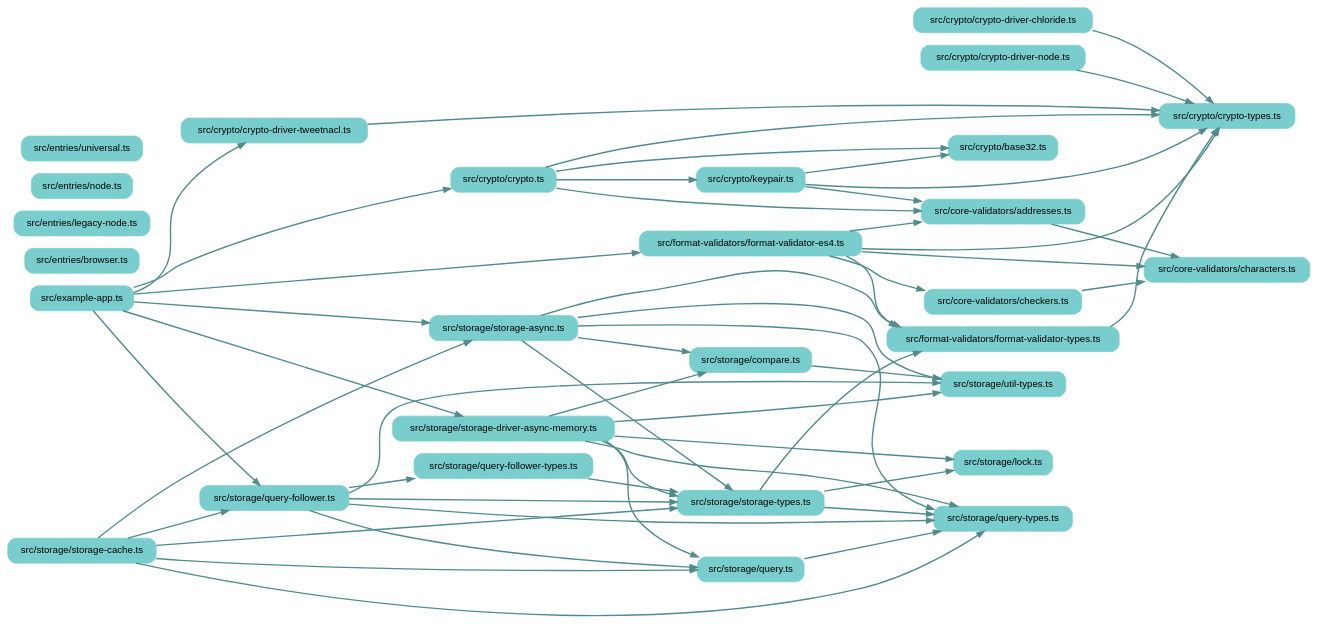
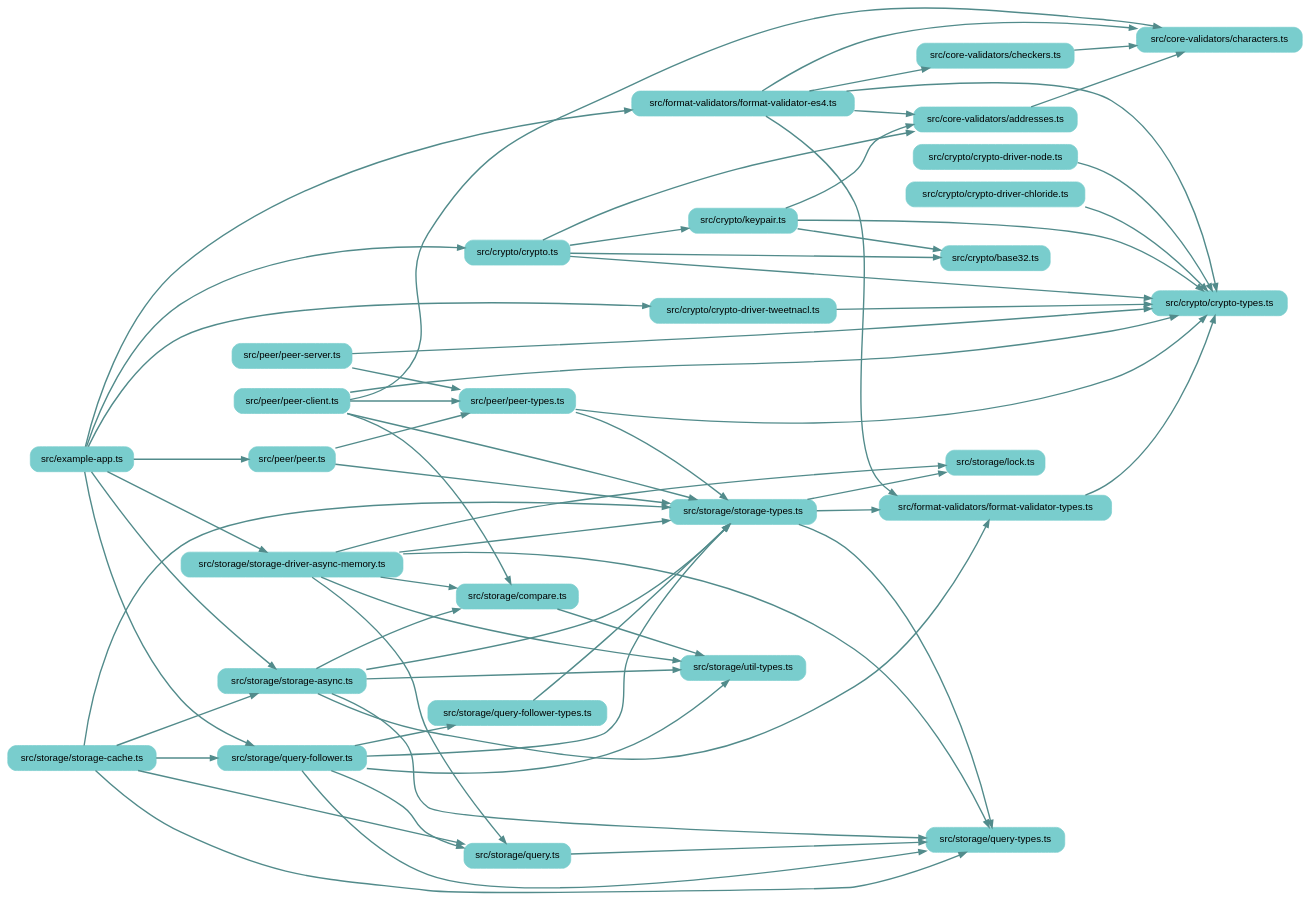
Before and after one commit to earthstar-project/earthstar: the diagram in depchart/depchart-loose.dot, drawn with Graphviz. The commit also changed 9 other files, not shown here.

```diff
--- a/depchart/depchart-loose.dot
+++ b/depchart/depchart-loose.dot
@@ -1,96 +1,108 @@
 
 digraph G {
     //splines=line;
     //splines=polyline;
     splines=true;
     rankdir=LR;
     //newrank=true;
     compound=true;
     graph [fontname = "helvetica"];  // dpi=72
     node [fontname = "helvetica"];
     edge [fontname = "helvetica"];
     
     // files in their folder clusters
         "src/example-app.ts" [label="src/example-app.ts", shape=rectangle; style="rounded,filled"; color=darkslategray3];
         "src/core-validators/addresses.ts" [label="src/core-validators/addresses.ts", shape=rectangle; style="rounded,filled"; color=darkslategray3];
             "src/core-validators/characters.ts" [label="src/core-validators/characters.ts", shape=rectangle; style="rounded,filled"; color=darkslategray3];
             "src/core-validators/checkers.ts" [label="src/core-validators/checkers.ts", shape=rectangle; style="rounded,filled"; color=darkslategray3];
         "src/crypto/base32.ts" [label="src/crypto/base32.ts", shape=rectangle; style="rounded,filled"; color=darkslategray3];
             "src/crypto/crypto-driver-chloride.ts" [label="src/crypto/crypto-driver-chloride.ts", shape=rectangle; style="rounded,filled"; color=darkslategray3];
             "src/crypto/crypto-driver-node.ts" [label="src/crypto/crypto-driver-node.ts", shape=rectangle; style="rounded,filled"; color=darkslategray3];
             "src/crypto/crypto-driver-tweetnacl.ts" [label="src/crypto/crypto-driver-tweetnacl.ts", shape=rectangle; style="rounded,filled"; color=darkslategray3];
             "src/crypto/crypto-types.ts" [label="src/crypto/crypto-types.ts", shape=rectangle; style="rounded,filled"; color=darkslategray3];
             "src/crypto/crypto.ts" [label="src/crypto/crypto.ts", shape=rectangle; style="rounded,filled"; color=darkslategray3];
             "src/crypto/keypair.ts" [label="src/crypto/keypair.ts", shape=rectangle; style="rounded,filled"; color=darkslategray3];
-        "src/entries/browser.ts" [label="src/entries/browser.ts", shape=rectangle; style="rounded,filled"; color=darkslategray3];
-            "src/entries/legacy-node.ts" [label="src/entries/legacy-node.ts", shape=rectangle; style="rounded,filled"; color=darkslategray3];
-            "src/entries/node.ts" [label="src/entries/node.ts", shape=rectangle; style="rounded,filled"; color=darkslategray3];
-            "src/entries/universal.ts" [label="src/entries/universal.ts", shape=rectangle; style="rounded,filled"; color=darkslategray3];
         "src/format-validators/format-validator-es4.ts" [label="src/format-validators/format-validator-es4.ts", shape=rectangle; style="rounded,filled"; color=darkslategray3];
             "src/format-validators/format-validator-types.ts" [label="src/format-validators/format-validator-types.ts", shape=rectangle; style="rounded,filled"; color=darkslategray3];
+        "src/peer/peer-client.ts" [label="src/peer/peer-client.ts", shape=rectangle; style="rounded,filled"; color=darkslategray3];
+            "src/peer/peer-server.ts" [label="src/peer/peer-server.ts", shape=rectangle; style="rounded,filled"; color=darkslategray3];
+            "src/peer/peer-types.ts" [label="src/peer/peer-types.ts", shape=rectangle; style="rounded,filled"; color=darkslategray3];
+            "src/peer/peer.ts" [label="src/peer/peer.ts", shape=rectangle; style="rounded,filled"; color=darkslategray3];
         "src/storage/compare.ts" [label="src/storage/compare.ts", shape=rectangle; style="rounded,filled"; color=darkslategray3];
             "src/storage/lock.ts" [label="src/storage/lock.ts", shape=rectangle; style="rounded,filled"; color=darkslategray3];
             "src/storage/query-follower-types.ts" [label="src/storage/query-follower-types.ts", shape=rectangle; style="rounded,filled"; color=darkslategray3];
             "src/storage/query-follower.ts" [label="src/storage/query-follower.ts", shape=rectangle; style="rounded,filled"; color=darkslategray3];
             "src/storage/query-types.ts" [label="src/storage/query-types.ts", shape=rectangle; style="rounded,filled"; color=darkslategray3];
             "src/storage/query.ts" [label="src/storage/query.ts", shape=rectangle; style="rounded,filled"; color=darkslategray3];
             "src/storage/storage-async.ts" [label="src/storage/storage-async.ts", shape=rectangle; style="rounded,filled"; color=darkslategray3];
             "src/storage/storage-cache.ts" [label="src/storage/storage-cache.ts", shape=rectangle; style="rounded,filled"; color=darkslategray3];
             "src/storage/storage-driver-async-memory.ts" [label="src/storage/storage-driver-async-memory.ts", shape=rectangle; style="rounded,filled"; color=darkslategray3];
             "src/storage/storage-types.ts" [label="src/storage/storage-types.ts", shape=rectangle; style="rounded,filled"; color=darkslategray3];
             "src/storage/util-types.ts" [label="src/storage/util-types.ts", shape=rectangle; style="rounded,filled"; color=darkslategray3];
 
     // edges between files
     "src/core-validators/addresses.ts" -> "src/core-validators/characters.ts" [penwidth=2; color=darkslategray4];
     "src/core-validators/checkers.ts" -> "src/core-validators/characters.ts" [penwidth=2; color=darkslategray4];
     "src/crypto/crypto-driver-chloride.ts" -> "src/crypto/crypto-types.ts" [penwidth=2; color=darkslategray4];
     "src/crypto/crypto-driver-node.ts" -> "src/crypto/crypto-types.ts" [penwidth=2; color=darkslategray4];
     "src/crypto/crypto-driver-tweetnacl.ts" -> "src/crypto/crypto-types.ts" [penwidth=2; color=darkslategray4];
     "src/crypto/crypto.ts" -> "src/crypto/crypto-types.ts" [penwidth=2; color=darkslategray4];
     "src/crypto/crypto.ts" -> "src/crypto/base32.ts" [penwidth=2; color=darkslategray4];
     "src/crypto/crypto.ts" -> "src/crypto/keypair.ts" [penwidth=2; color=darkslategray4];
     "src/crypto/crypto.ts" -> "src/core-validators/addresses.ts" [penwidth=2; color=darkslategray4];
     "src/crypto/keypair.ts" -> "src/crypto/base32.ts" [penwidth=2; color=darkslategray4];
     "src/crypto/keypair.ts" -> "src/crypto/crypto-types.ts" [penwidth=2; color=darkslategray4];
     "src/crypto/keypair.ts" -> "src/core-validators/addresses.ts" [penwidth=2; color=darkslategray4];
     "src/example-app.ts" -> "src/format-validators/format-validator-es4.ts" [penwidth=2; color=darkslategray4];
     "src/example-app.ts" -> "src/storage/storage-driver-async-memory.ts" [penwidth=2; color=darkslategray4];
     "src/example-app.ts" -> "src/storage/storage-async.ts" [penwidth=2; color=darkslategray4];
     "src/example-app.ts" -> "src/crypto/crypto.ts" [penwidth=2; color=darkslategray4];
     "src/example-app.ts" -> "src/crypto/crypto-driver-tweetnacl.ts" [penwidth=2; color=darkslategray4];
     "src/example-app.ts" -> "src/storage/query-follower.ts" [penwidth=2; color=darkslategray4];
+    "src/example-app.ts" -> "src/peer/peer.ts" [penwidth=2; color=darkslategray4];
     "src/format-validators/format-validator-es4.ts" -> "src/format-validators/format-validator-types.ts" [penwidth=2; color=darkslategray4];
     "src/format-validators/format-validator-es4.ts" -> "src/crypto/crypto-types.ts" [penwidth=2; color=darkslategray4];
     "src/format-validators/format-validator-es4.ts" -> "src/core-validators/characters.ts" [penwidth=2; color=darkslategray4];
     "src/format-validators/format-validator-es4.ts" -> "src/core-validators/checkers.ts" [penwidth=2; color=darkslategray4];
     "src/format-validators/format-validator-es4.ts" -> "src/core-validators/addresses.ts" [penwidth=2; color=darkslategray4];
     "src/format-validators/format-validator-types.ts" -> "src/crypto/crypto-types.ts" [penwidth=2; color=darkslategray4];
+    "src/peer/peer-client.ts" -> "src/crypto/crypto-types.ts" [penwidth=2; color=darkslategray4];
+    "src/peer/peer-client.ts" -> "src/storage/storage-types.ts" [penwidth=2; color=darkslategray4];
+    "src/peer/peer-client.ts" -> "src/peer/peer-types.ts" [penwidth=2; color=darkslategray4];
+    "src/peer/peer-client.ts" -> "src/storage/compare.ts" [penwidth=2; color=darkslategray4];
+    "src/peer/peer-client.ts" -> "src/core-validators/characters.ts" [penwidth=2; color=darkslategray4];
+    "src/peer/peer-server.ts" -> "src/crypto/crypto-types.ts" [penwidth=2; color=darkslategray4];
+    "src/peer/peer-server.ts" -> "src/peer/peer-types.ts" [penwidth=2; color=darkslategray4];
+    "src/peer/peer-types.ts" -> "src/storage/storage-types.ts" [penwidth=2; color=darkslategray4];
+    "src/peer/peer-types.ts" -> "src/crypto/crypto-types.ts" [penwidth=2; color=darkslategray4];
+    "src/peer/peer.ts" -> "src/storage/storage-types.ts" [penwidth=2; color=darkslategray4];
+    "src/peer/peer.ts" -> "src/peer/peer-types.ts" [penwidth=2; color=darkslategray4];
     "src/storage/compare.ts" -> "src/storage/util-types.ts" [penwidth=2; color=darkslategray4];
     "src/storage/query-follower-types.ts" -> "src/storage/storage-types.ts" [penwidth=2; color=darkslategray4];
     "src/storage/query-follower.ts" -> "src/storage/util-types.ts" [penwidth=2; color=darkslategray4];
     "src/storage/query-follower.ts" -> "src/storage/query-types.ts" [penwidth=2; color=darkslategray4];
     "src/storage/query-follower.ts" -> "src/storage/storage-types.ts" [penwidth=2; color=darkslategray4];
     "src/storage/query-follower.ts" -> "src/storage/query.ts" [penwidth=2; color=darkslategray4];
     "src/storage/query-follower.ts" -> "src/storage/query-follower-types.ts" [penwidth=2; color=darkslategray4];
     "src/storage/query.ts" -> "src/storage/query-types.ts" [penwidth=2; color=darkslategray4];
     "src/storage/storage-async.ts" -> "src/storage/util-types.ts" [penwidth=2; color=darkslategray4];
     "src/storage/storage-async.ts" -> "src/storage/query-types.ts" [penwidth=2; color=darkslategray4];
     "src/storage/storage-async.ts" -> "src/storage/storage-types.ts" [penwidth=2; color=darkslategray4];
     "src/storage/storage-async.ts" -> "src/format-validators/format-validator-types.ts" [penwidth=2; color=darkslategray4];
     "src/storage/storage-async.ts" -> "src/storage/compare.ts" [penwidth=2; color=darkslategray4];
     "src/storage/storage-cache.ts" -> "src/storage/query.ts" [penwidth=2; color=darkslategray4];
     "src/storage/storage-cache.ts" -> "src/storage/query-follower.ts" [penwidth=2; color=darkslategray4];
     "src/storage/storage-cache.ts" -> "src/storage/query-types.ts" [penwidth=2; color=darkslategray4];
     "src/storage/storage-cache.ts" -> "src/storage/storage-async.ts" [penwidth=2; color=darkslategray4];
     "src/storage/storage-cache.ts" -> "src/storage/storage-types.ts" [penwidth=2; color=darkslategray4];
     "src/storage/storage-driver-async-memory.ts" -> "src/storage/util-types.ts" [penwidth=2; color=darkslategray4];
     "src/storage/storage-driver-async-memory.ts" -> "src/storage/query-types.ts" [penwidth=2; color=darkslategray4];
     "src/storage/storage-driver-async-memory.ts" -> "src/storage/storage-types.ts" [penwidth=2; color=darkslategray4];
     "src/storage/storage-driver-async-memory.ts" -> "src/storage/compare.ts" [penwidth=2; color=darkslategray4];
     "src/storage/storage-driver-async-memory.ts" -> "src/storage/query.ts" [penwidth=2; color=darkslategray4];
     "src/storage/storage-driver-async-memory.ts" -> "src/storage/lock.ts" [penwidth=2; color=darkslategray4];
     "src/storage/storage-types.ts" -> "src/storage/query-types.ts" [penwidth=2; color=darkslategray4];
     "src/storage/storage-types.ts" -> "src/format-validators/format-validator-types.ts" [penwidth=2; color=darkslategray4];
     "src/storage/storage-types.ts" -> "src/storage/lock.ts" [penwidth=2; color=darkslategray4];
 
 }
```
